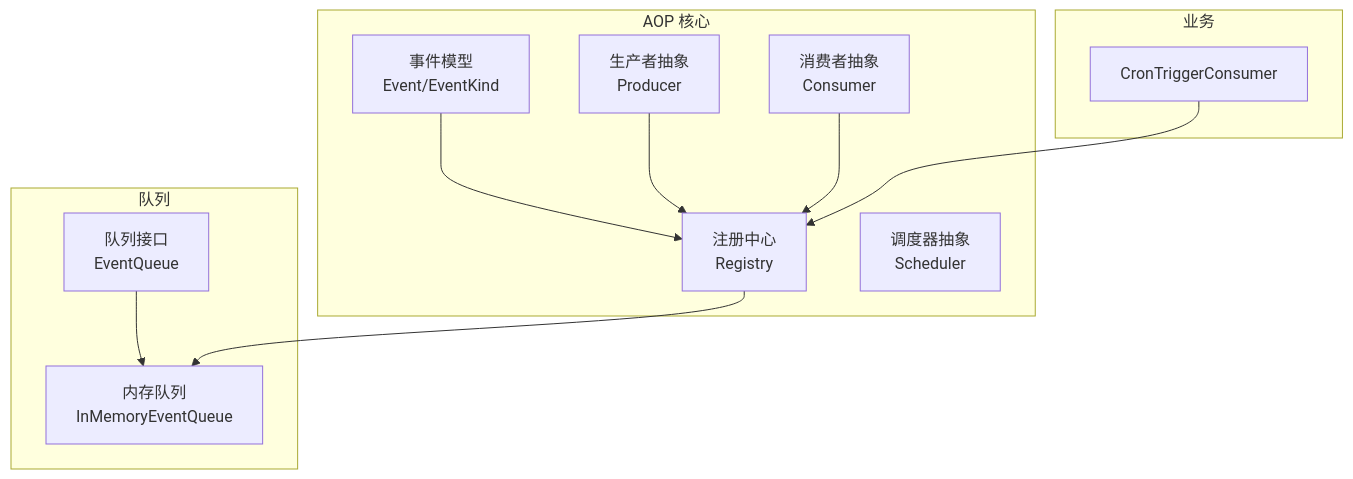
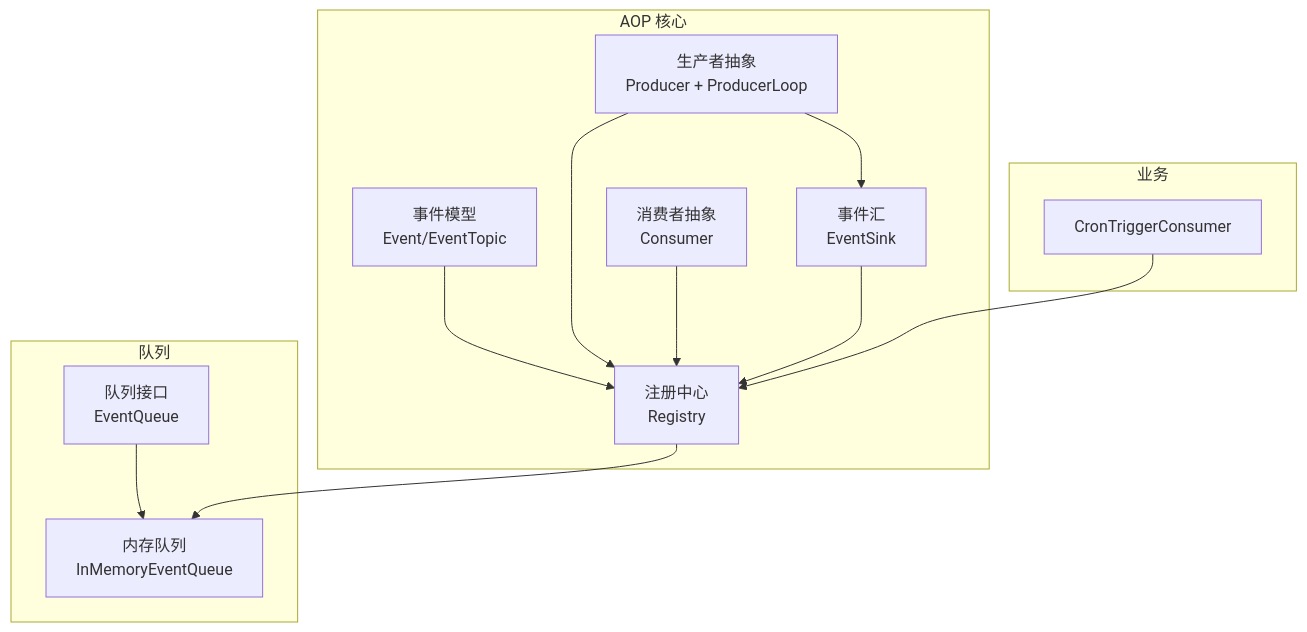
Before and after one commit to runningcoders/ai_orz: the first of 8 diagrams in docs/wiki/zh/content/核心模块/AOP 事件系统/事件队列系统/事件调度器.md, drawn with Mermaid. The commit also changed other lines of this file and 37 other files, not shown here.

````diff
--- a/docs/wiki/zh/content/核心模块/AOP 事件系统/事件队列系统/事件调度器.md
+++ b/docs/wiki/zh/content/核心模块/AOP 事件系统/事件队列系统/事件调度器.md
@@ -39,23 +47,25 @@
 ```mermaid
 graph TB
 subgraph "AOP 核心"
-Evt["事件模型<br/>Event/EventKind"]
-Prod["生产者抽象<br/>Producer"]
+Evt["事件模型<br/>Event/EventTopic"]
+Prod["生产者抽象<br/>Producer + ProducerLoop"]
 Cons["消费者抽象<br/>Consumer"]
 Reg["注册中心<br/>Registry"]
-Sched["调度器抽象<br/>Scheduler"]
+ES["事件汇<br/>EventSink"]
 end
 subgraph "队列"
 QMod["队列接口<br/>EventQueue"]
 QMem["内存队列<br/>InMemoryEventQueue"]
 end
 subgraph "业务"
 CronCons["CronTriggerConsumer"]
 end
 Evt --> Reg
 Prod --> Reg
 Cons --> Reg
 QMod --> QMem
 Reg --> QMem
+Prod --> ES
+ES --> Reg
 CronCons --> Reg
 ```
````
